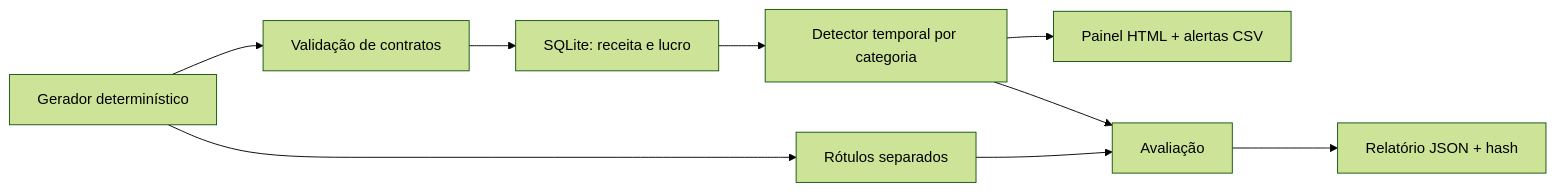
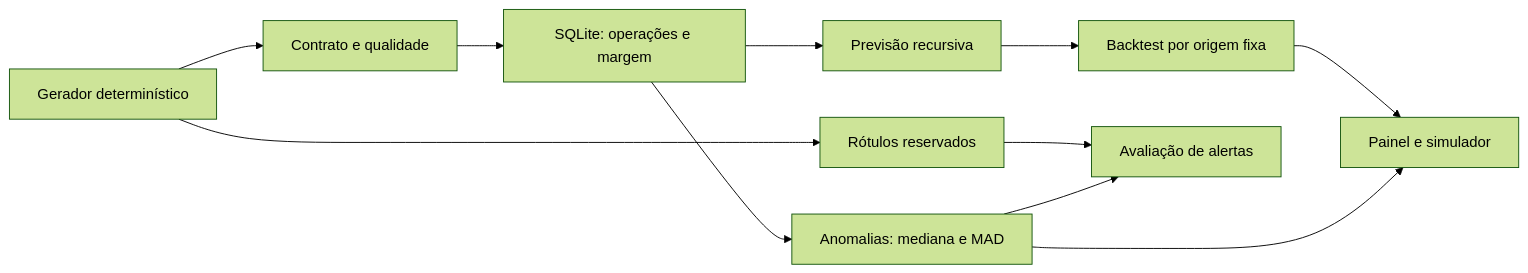
Before and after one commit to carlos1818augusto/radar-de-margem: the diagram in README.md, drawn with Mermaid (forest theme). The commit also changed other lines of this file and 21 other files, not shown here.

````diff
--- a/README.md
+++ b/README.md
@@ -41,11 +29,13 @@
 ```mermaid
 flowchart LR
-  G[Gerador determinístico] --> V[Validação de contratos]
-  V --> S[SQLite: receita e lucro]
-  S --> D[Detector temporal por categoria]
-  D --> H[Painel HTML + alertas CSV]
-  G --> T[Rótulos separados]
-  D --> E[Avaliação]
-  T --> E
-  E --> R[Relatório JSON + hash]
+  G[Gerador determinístico] --> V[Contrato e qualidade]
+  V --> SQL[SQLite: operações e margem]
+  SQL --> A[Anomalias: mediana e MAD]
+  SQL --> F[Previsão recursiva]
+  F --> B[Backtest por origem fixa]
+  B --> P[Painel e simulador]
+  A --> P
+  G --> T[Rótulos reservados]
+  T --> E[Avaliação de alertas]
+  A --> E
 ```
````
